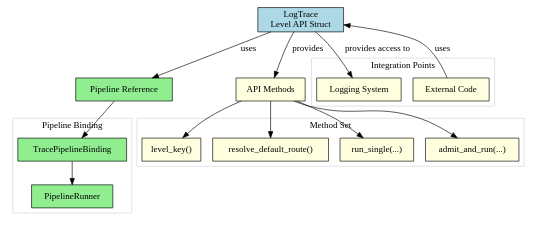
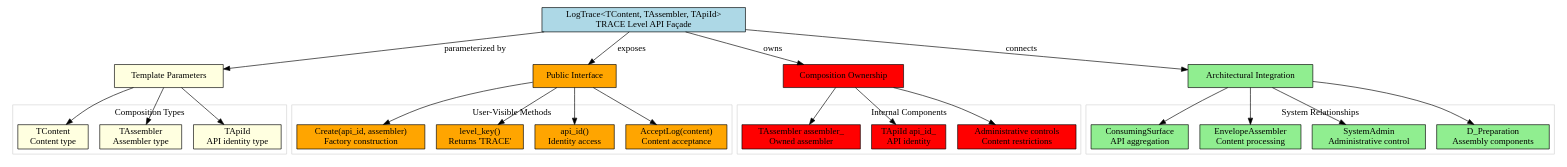
One commit to AlotfyDev/LoggingSystem changed the diagram in ProjectManagement/Architectural_Analysis/logging_system/L_Level_api/log_trace.dot. Above: the diagram before and after it, drawn with Graphviz. The commit also changed 9 other files, not shown here.

First line of the commit message:
docs: Add comprehensive architectural documentation for metadata injector contract and all level APIs

```diff
--- a/ProjectManagement/Architectural_Analysis/logging_system/L_Level_api/log_trace.dot
+++ b/ProjectManagement/Architectural_Analysis/logging_system/L_Level_api/log_trace.dot
@@ -1,48 +1,78 @@
-digraph trace_level_api {
+digraph log_trace_architecture {
     rankdir=TB;
     node [shape=box, style=filled, fillcolor=lightblue];
-    
-    log_trace [label="LogTrace\nLevel API Struct"];
-    
+
+    log_trace_api [label="LogTrace<TContent, TAssembler, TApiId>\nTRACE Level API Façade"];
+
+    node [shape=box, style=filled, fillcolor=lightyellow];
+    template_params [label="Template Parameters"];
+
+    log_trace_api -> template_params [label="parameterized by"];
+
+    subgraph cluster_template_params {
+        label="Composition Types";
+        color=lightgrey;
+        tcontent [label="TContent\nContent type"];
+        tassembler [label="TAssembler\nAssembler type"];
+        tapiid [label="TApiId\nAPI identity type"];
+    }
+
+    template_params -> tcontent;
+    template_params -> tassembler;
+    template_params -> tapiid;
+
+    node [shape=box, style=filled, fillcolor=orange];
+    public_interface [label="Public Interface"];
+
+    log_trace_api -> public_interface [label="exposes"];
+
+    subgraph cluster_public_interface {
+        label="User-Visible Methods";
+        color=lightgrey;
+        create_method [label="Create(api_id, assembler)\nFactory construction"];
+        level_key_method [label="level_key()\nReturns 'TRACE'"];
+        api_id_getter [label="api_id()\nIdentity access"];
+        accept_log_method [label="AcceptLog(content)\nContent acceptance"];
+    }
+
+    public_interface -> create_method;
+    public_interface -> level_key_method;
+    public_interface -> api_id_getter;
+    public_interface -> accept_log_method;
+
+    node [shape=box, style=filled, fillcolor=red];
+    composition_ownership [label="Composition Ownership"];
+
+    log_trace_api -> composition_ownership [label="owns"];
+
+    subgraph cluster_composition {
+        label="Internal Components";
+        color=lightgrey;
+        assembler_owned [label="TAssembler assembler_\nOwned assembler"];
+        api_id_owned [label="TApiId api_id_\nAPI identity"];
+        admin_controls [label="Administrative controls\nContent restrictions"];
+    }
+
+    composition_ownership -> assembler_owned;
+    composition_ownership -> api_id_owned;
+    composition_ownership -> admin_controls;
+
     node [shape=box, style=filled, fillcolor=lightgreen];
-    pipeline_ref [label="Pipeline Reference"];
-    log_trace -> pipeline_ref [label="uses"];
-    
-    subgraph cluster_pipeline {
-        label="Pipeline Binding";
+    architectural_integration [label="Architectural Integration"];
+
+    log_trace_api -> architectural_integration [label="connects"];
+
+    subgraph cluster_integration {
+        label="System Relationships";
         color=lightgrey;
-        trace_pipeline [label="TracePipelineBinding"];
-        runner [label="PipelineRunner"];
+        consuming_surface [label="ConsumingSurface\nAPI aggregation"];
+        envelope_assembler [label="EnvelopeAssembler\nContent processing"];
+        system_admin [label="SystemAdmin\nAdministrative control"];
+        preparation_layer [label="D_Preparation\nAssembly components"];
     }
-    
-    pipeline_ref -> trace_pipeline;
-    trace_pipeline -> runner;
-    
-    node [shape=box, style=filled, fillcolor=lightyellow];
-    methods [label="API Methods"];
-    log_trace -> methods [label="provides"];
-    
-    subgraph cluster_methods {
-        label="Method Set";
-        color=lightgrey;
-        level_key_method [label="level_key()"];
-        resolve_route [label="resolve_default_route()"];
-        run_single [label="run_single(...)"];
-        admit_and_run [label="admit_and_run(...)"];
-    }
-    
-    methods -> level_key_method;
-    methods -> resolve_route;
-    methods -> run_single;
-    methods -> admit_and_run;
-    
-    subgraph cluster_integration {
-        label="Integration Points";
-        color=lightgrey;
-        consumer [label="External Code"];
-        system [label="Logging System"];
-    }
-    
-    consumer -> log_trace [label="uses"];
-    log_trace -> system [label="provides access to"];
+
+    architectural_integration -> consuming_surface;
+    architectural_integration -> envelope_assembler;
+    architectural_integration -> system_admin;
+    architectural_integration -> preparation_layer;
 }
```
